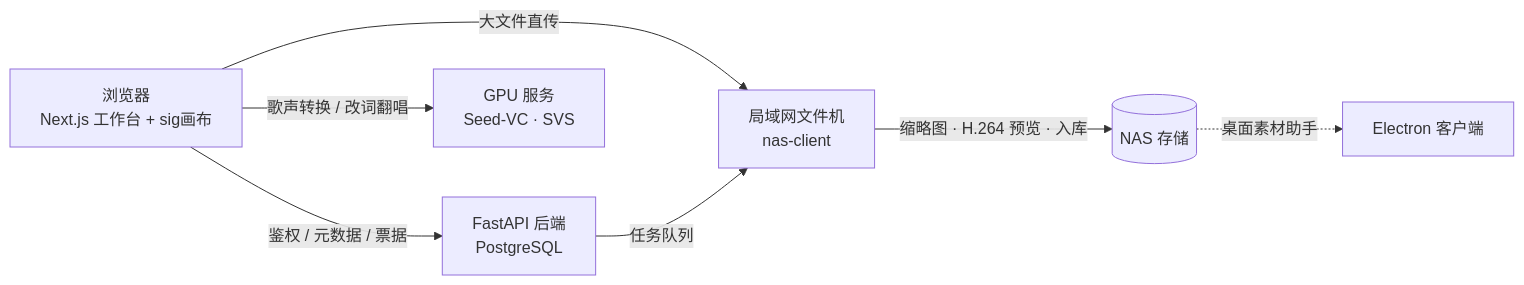
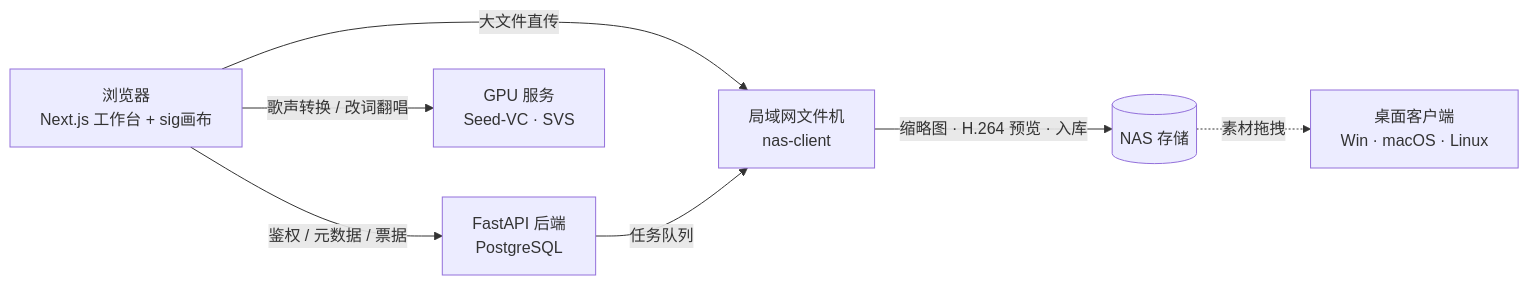
Before and after one commit to ChenShuo2004/sig-dream: the diagram in README.md, drawn with Mermaid. The commit also changed other lines of this file and 17 other files, not shown here.

First line of the commit message:
feat(desktop): Windows/macOS/Linux builds and multilingual READMEs

````diff
--- a/README.md
+++ b/README.md
@@ -15,9 +19,9 @@
 ```mermaid
 flowchart LR
     A[浏览器<br/>Next.js 工作台 + sig画布] -->|鉴权 / 元数据 / 票据| B[FastAPI 后端<br/>PostgreSQL]
     A -->|大文件直传| C[局域网文件机<br/>nas-client]
     B -->|任务队列| C
     C -->|缩略图 · H.264 预览 · 入库| D[(NAS 存储)]
     A -->|歌声转换 / 改词翻唱| E[GPU 服务<br/>Seed-VC · SVS]
-    D[(NAS 存储)] -.->|桌面素材助手| F[Electron 客户端]
+    D[(NAS 存储)] -.->|素材拖拽| F[桌面客户端<br/>Win · macOS · Linux]
 ```
````
